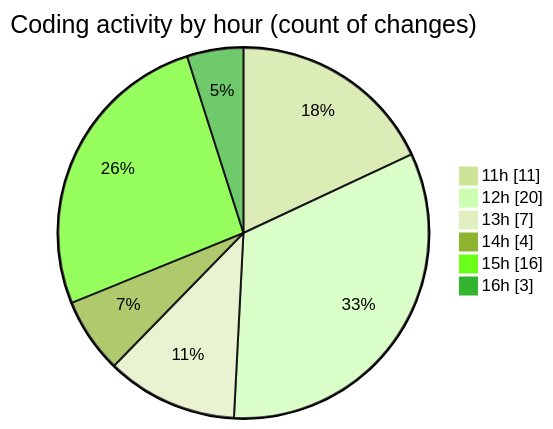
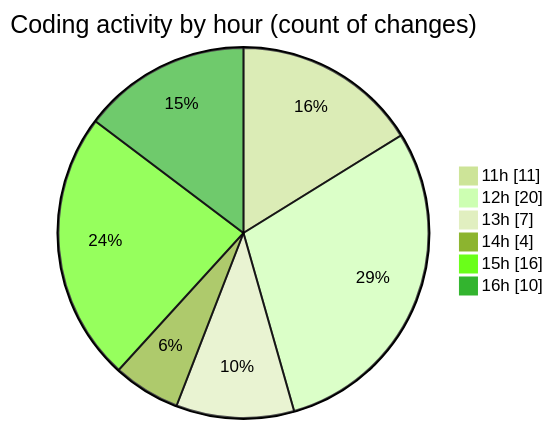
The second of 2 diagrams in 2025-10-14/nxtqube_webapp/README.md (nxtqubesakshisongat/code-tracking), drawn with Mermaid (forest theme) before and after one commit. The commit also changed other lines of this file and 1 other file, not shown here.

````diff
--- a/2025-10-14/nxtqube_webapp/README.md
+++ b/2025-10-14/nxtqube_webapp/README.md
@@ -29,10 +29,10 @@
 ```mermaid
 pie showData
 title Coding activity by hour (count of changes)
 "11h" : 11
 "12h" : 20
 "13h" : 7
 "14h" : 4
 "15h" : 16
-"16h" : 3
+"16h" : 10
 ```
````
